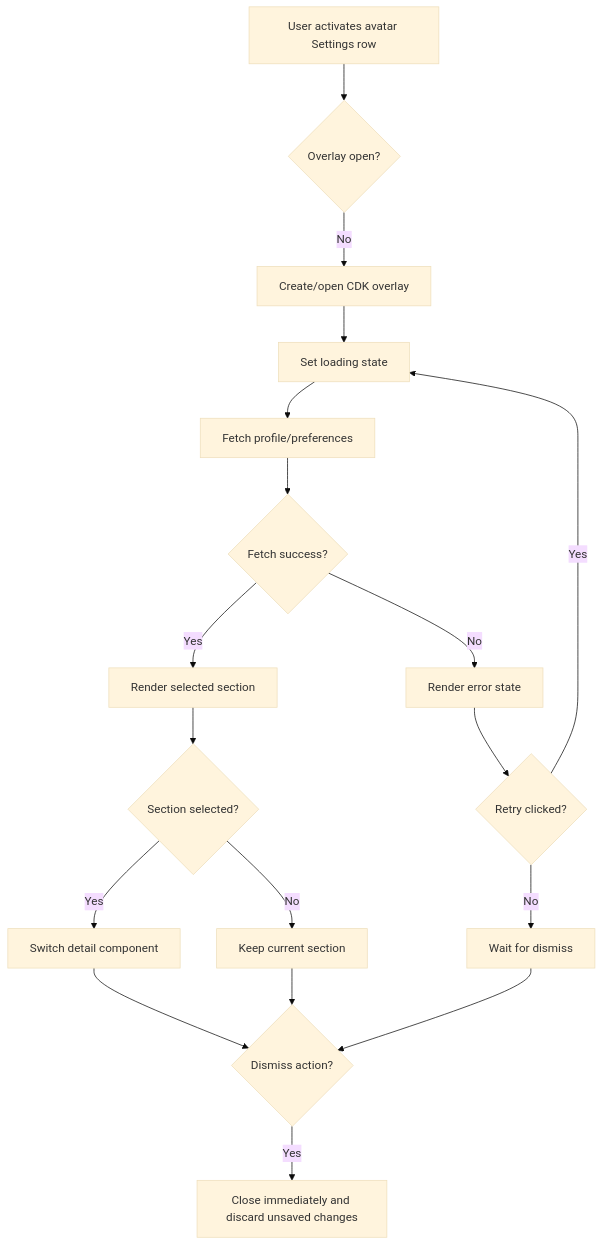
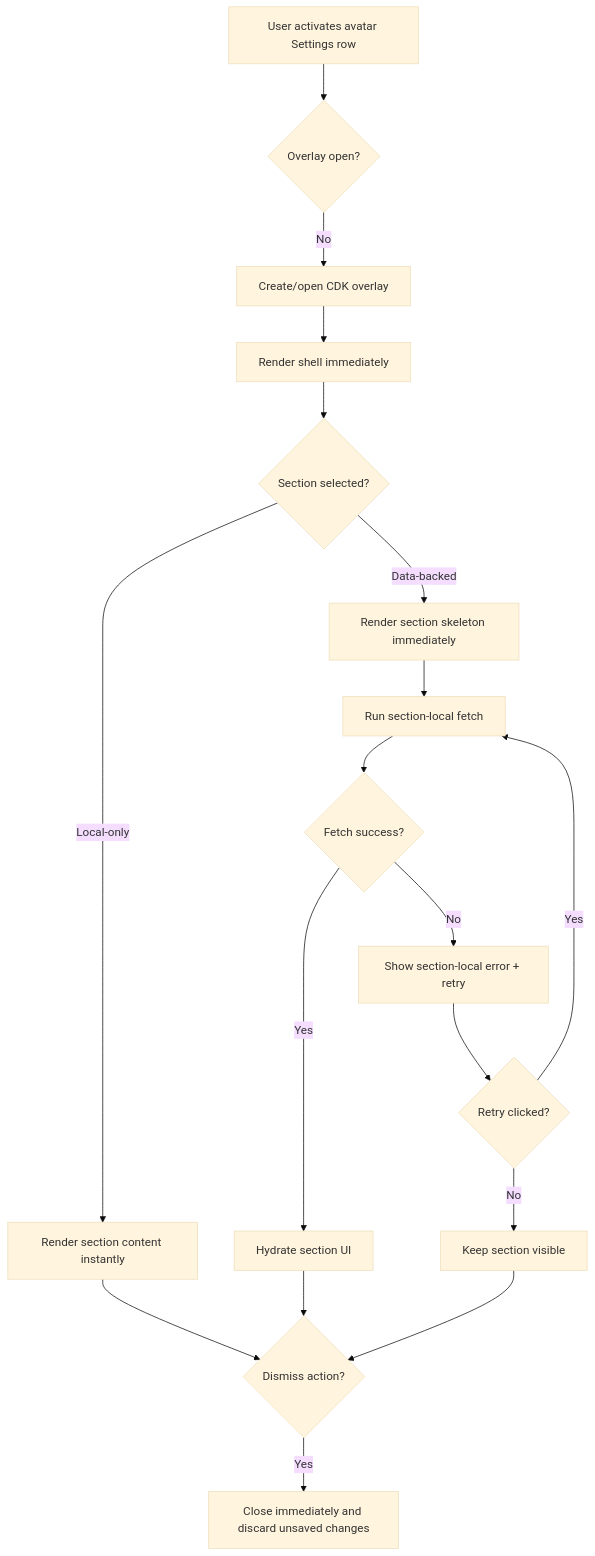
Before and after one commit to matkleve/feldpost: the first of 3 diagrams in docs/element-specs/settings-overlay.md, drawn with Mermaid (base theme). The commit also changed other lines of this file and 16 other files, not shown here.

````diff
--- a/docs/element-specs/settings-overlay.md
+++ b/docs/element-specs/settings-overlay.md
@@ -32,20 +32,20 @@
 ```mermaid
 flowchart TD
     A[User activates avatar Settings row] --> B{Overlay open?}
     B -- No --> C[Create/open CDK overlay]
-    C --> D[Set loading state]
-    D --> E[Fetch profile/preferences]
-    E --> F{Fetch success?}
-    F -- Yes --> G[Render selected section]
-    F -- No --> H[Render error state]
-    H --> I{Retry clicked?}
-    I -- Yes --> D
-    I -- No --> J[Wait for dismiss]
-    G --> K{Section selected?}
-    K -- Yes --> L[Switch detail component]
-    K -- No --> M[Keep current section]
-    L --> N{Dismiss action?}
+    C --> D[Render shell immediately]
+    D --> E{Section selected?}
+    E -- Local-only --> F[Render section content instantly]
+    E -- Data-backed --> G[Render section skeleton immediately]
+    G --> H[Run section-local fetch]
+    H --> I{Fetch success?}
+    I -- Yes --> J[Hydrate section UI]
+    I -- No --> K[Show section-local error + retry]
+    K --> L{Retry clicked?}
+    L -- Yes --> H
+    L -- No --> M[Keep section visible]
+    F --> N{Dismiss action?}
+    J --> N
     M --> N
-    J --> N
     N -- Yes --> O[Close immediately and discard unsaved changes]
 ```
````
